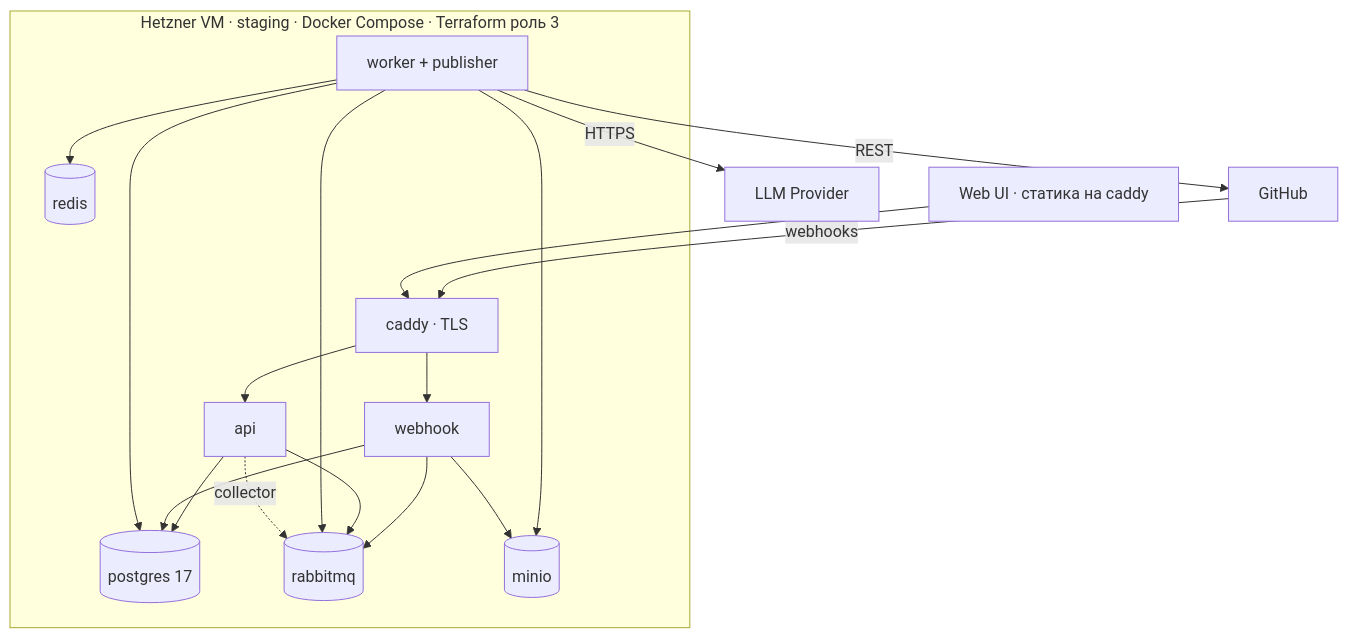
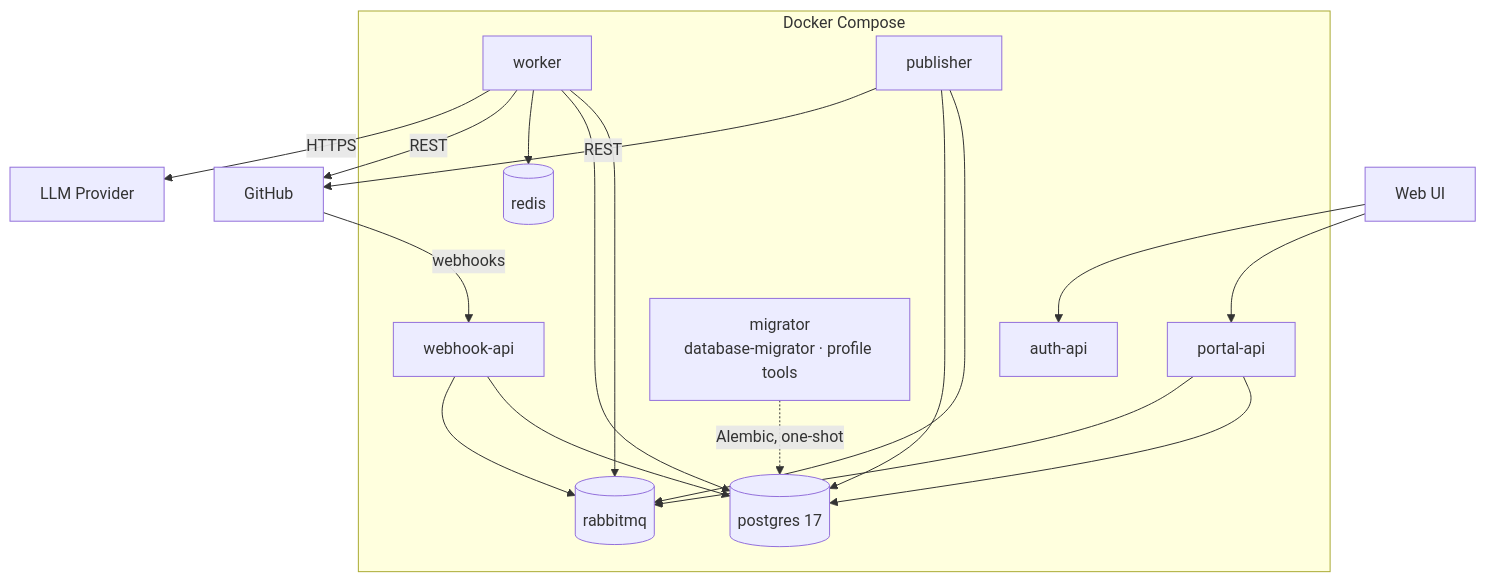
One commit to larchanka-training/dmc-268-api-t6 changed the eighth of 8 diagrams in docs/SYSTEM_DESIGN.md. Above: the diagram before and after it, drawn with Mermaid. The commit also changed other lines of this file and 130 other files, not shown here.

````diff
--- a/docs/SYSTEM_DESIGN.md
+++ b/docs/SYSTEM_DESIGN.md
@@ -638,21 +635,25 @@
 ```mermaid
 flowchart TB
-  subgraph hetzner[Hetzner VM · staging · Docker Compose · Terraform роль 3]
-    caddy[caddy · TLS] --> api[api]
-    caddy --> hook[webhook]
-    api --> pg[(postgres 17)]
+  subgraph compose[Docker Compose]
+    portal[portal-api]
+    auth[auth-api]
+    hook[webhook-api]
+    migrator[migrator<br/>database-migrator · profile tools]
+    portal --> pg[(postgres 17)]
     hook --> pg
     hook --> mq[(rabbitmq)]
-    api --> mq
-    worker[worker + publisher] --> mq
+    portal --> mq
+    worker[worker] --> mq
+    publisher[publisher] --> mq
     worker --> pg
     worker --> redis[(redis)]
-    worker --> minio[(minio)]
-    hook --> minio
-    api -.collector.-> mq
+    publisher --> pg
+    migrator -.->|Alembic, one-shot| pg
   end
-  gh[GitHub] -->|webhooks| caddy
+  gh[GitHub] -->|webhooks| hook
   worker -->|REST| gh
+  publisher -->|REST| gh
   worker -->|HTTPS| llm[LLM Provider]
-  ui[Web UI · статика на caddy] --> caddy
+  ui[Web UI] --> portal
+  ui --> auth
 ```
````
